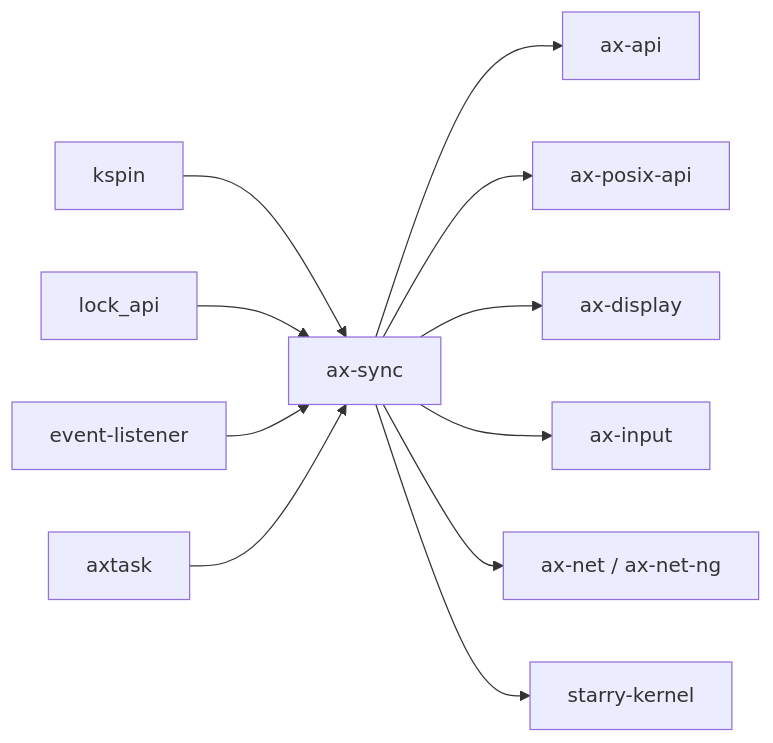
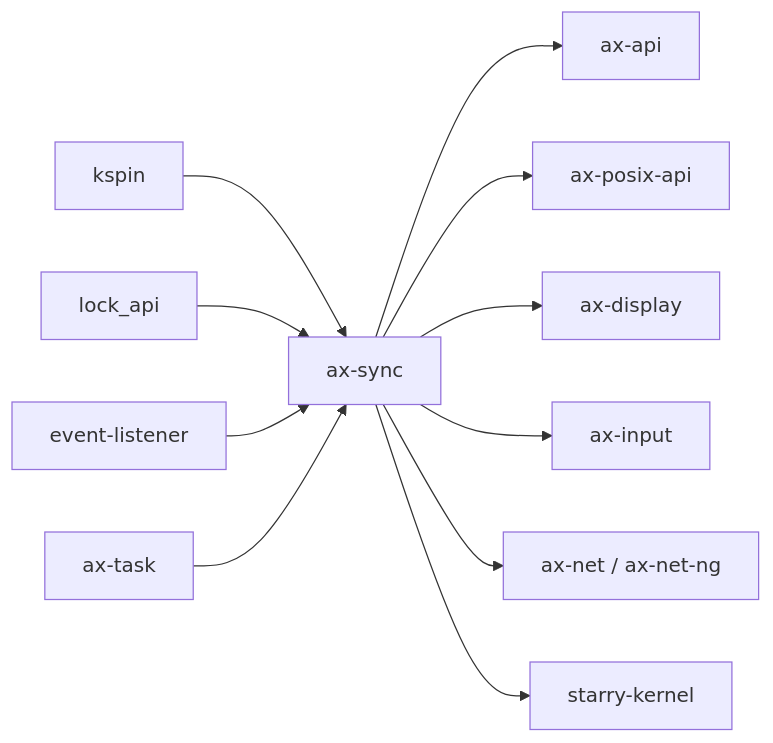
The second of 2 diagrams in docs/crates/ax-sync.md (zKurisu/tgoskits), drawn with Mermaid before and after one commit. The commit also changed other lines of this file and 133 other files, not shown here.

Commit message:
rename axtask to ax-task

````diff
--- a/docs/crates/ax-sync.md
+++ b/docs/crates/ax-sync.md
@@ -109,14 +109,14 @@
 ```mermaid
 graph LR
     kspin["kspin"] --> ax-sync["ax-sync"]
     lock_api["lock_api"] --> ax-sync
     event_listener["event-listener"] --> ax-sync
-    axtask["axtask"] --> ax-sync
+    ax-task["ax-task"] --> ax-sync
 
     ax-sync --> ax-api["ax-api"]
     ax-sync --> ax-posix-api["ax-posix-api"]
     ax-sync --> ax-display["ax-display"]
     ax-sync --> ax-input["ax-input"]
     ax-sync --> ax-net["ax-net / ax-net-ng"]
     ax-sync --> starry_kernel["starry-kernel"]
 ```
````
